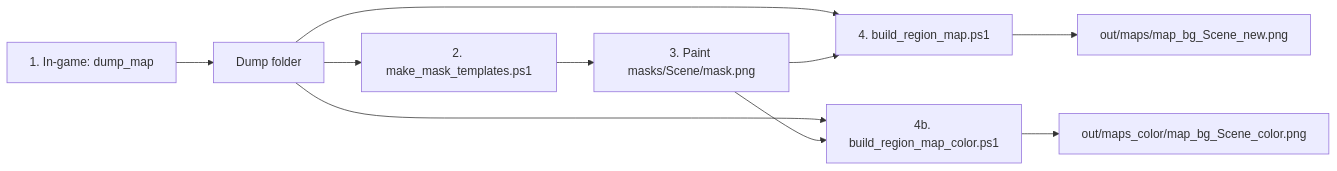
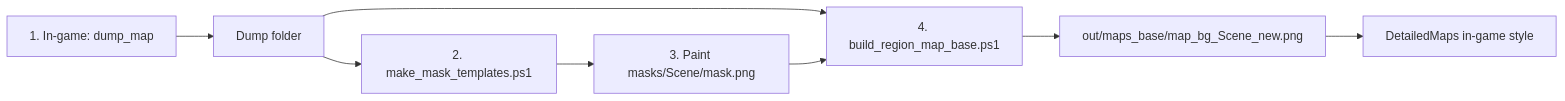
The diagram in README.md (Apollo1298/TerrainDumper), drawn with Mermaid before and after one commit. The commit also changed other lines of this file and 6 other files, not shown here.

````diff
--- a/README.md
+++ b/README.md
@@ -17,12 +18,10 @@
 ```mermaid
 flowchart LR
   Dump["1. In-game: dump_map"] --> Raw["Dump folder"]
   Raw --> Tpl["2. make_mask_templates.ps1"]
   Tpl --> Paint["3. Paint masks/Scene/mask.png"]
-  Raw --> Build["4. build_region_map.ps1"]
-  Raw --> BuildColor["4b. build_region_map_color.ps1"]
+  Raw --> Build["4. build_region_map_base.ps1"]
   Paint --> Build
-  Paint --> BuildColor
-  Build --> Out["out/maps/map_bg_Scene_new.png"]
-  BuildColor --> OutColor["out/maps_color/map_bg_Scene_color.png"]
+  Build --> Out["out/maps_base/map_bg_Scene_new.png"]
+  Out --> DM["DetailedMaps in-game style"]
 ```
````
